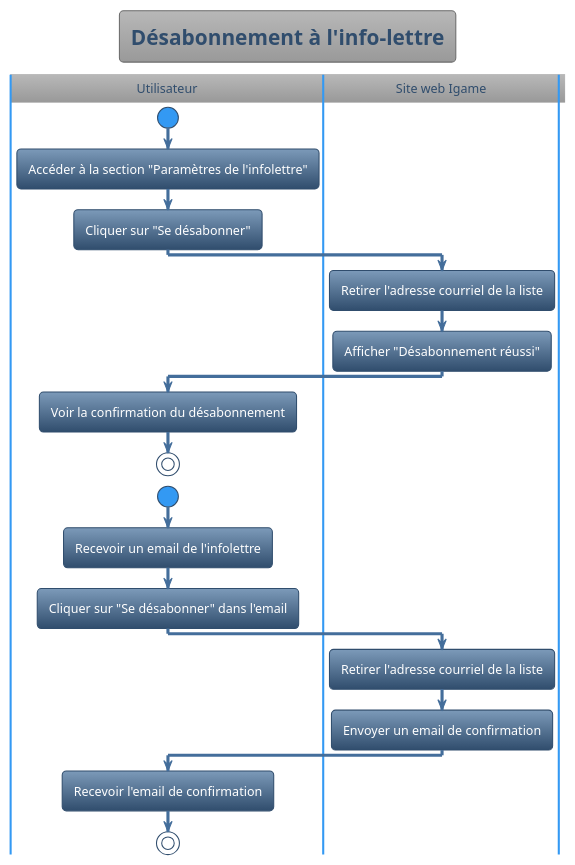
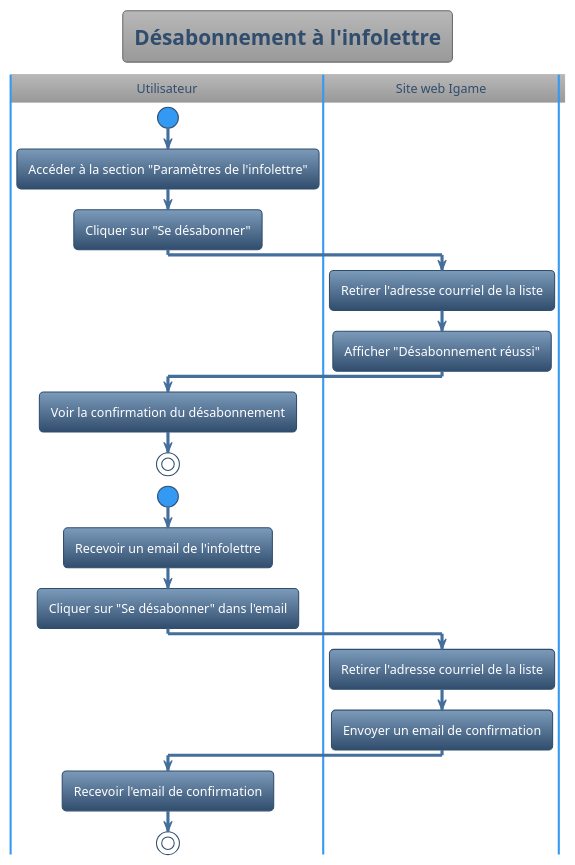
One commit to Jacob-Cossette/GTI510 changed the first of 2 diagrams in CU7_infolettre.puml. Above: the diagram before and after it, drawn with PlantUML. The commit also changed 19 other files, not shown here.

```diff
--- a/CU7_infolettre.puml
+++ b/CU7_infolettre.puml
@@ -1,24 +1,24 @@
 @startuml
 !theme spacelab
-title Désabonnement à l'info-lettre
+title Désabonnement à l'infolettre
 |Utilisateur|
 start
 :Accéder à la section "Paramètres de l'infolettre";
 :Cliquer sur "Se désabonner";
 |Site web Igame|
 
   :Retirer l'adresse courriel de la liste;
   :Afficher "Désabonnement réussi";
   |Utilisateur|
   :Voir la confirmation du désabonnement;
 stop
 start
 :Recevoir un email de l'infolettre;
 :Cliquer sur "Se désabonner" dans l'email;
 |Site web Igame|
 :Retirer l'adresse courriel de la liste;
 :Envoyer un email de confirmation;
 |Utilisateur|
 :Recevoir l'email de confirmation;
 stop
 @enduml
```
